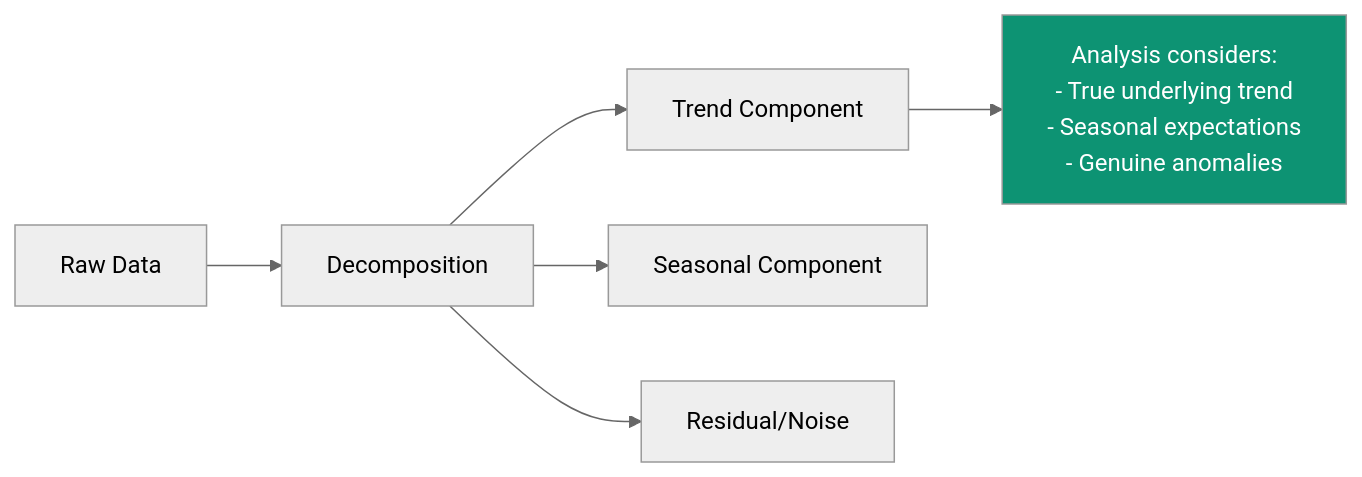
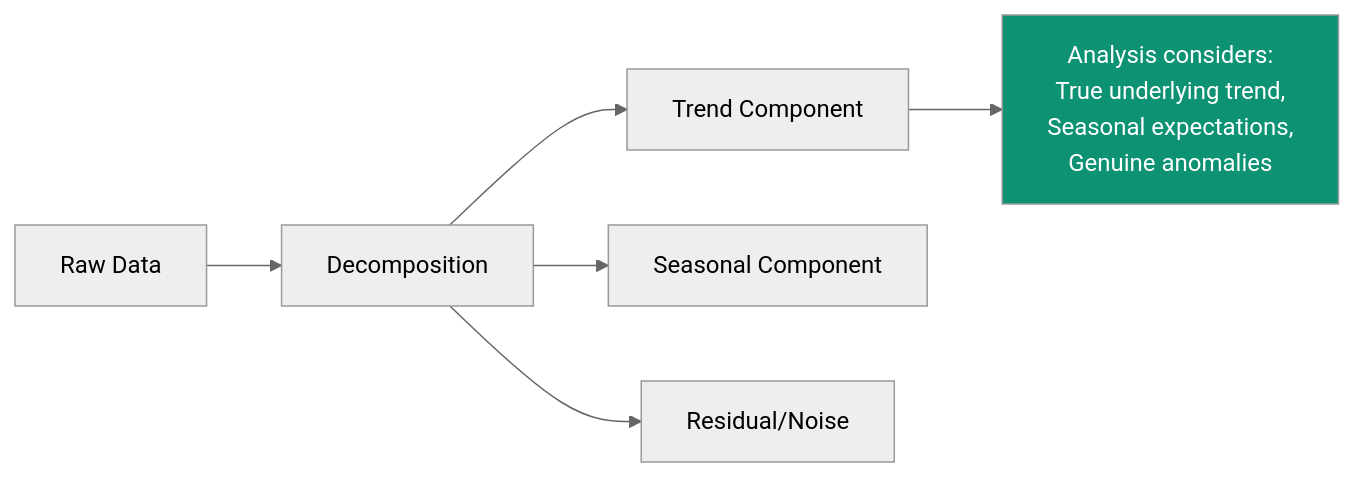
The fifth of 7 diagrams in ip/automated-analyst.mdx (ashishsuperatom/tech-docs), drawn with Mermaid (neutral theme) before and after one commit. The commit also changed other lines of this file and 115 other files, not shown here.

First line of the commit message:
Fix Mermaid diagrams and update documentation

````diff
--- a/ip/automated-analyst.mdx
+++ b/ip/automated-analyst.mdx
@@ -234,12 +234,12 @@
 ```mermaid
 flowchart LR
     DATA["Raw Data"] --> DECOMPOSE["Decomposition"]
 
     DECOMPOSE --> TREND["Trend Component"]
     DECOMPOSE --> SEASON["Seasonal Component"]
     DECOMPOSE --> RESIDUAL["Residual/Noise"]
 
-    TREND --> ANALYSIS["Analysis considers:\n- True underlying trend\n- Seasonal expectations\n- Genuine anomalies"]
+    TREND --> ANALYSIS["Analysis considers:<br>True underlying trend,<br>Seasonal expectations,<br>Genuine anomalies"]
 
     style ANALYSIS fill:#0D9373,color:#fff
 ```
````
